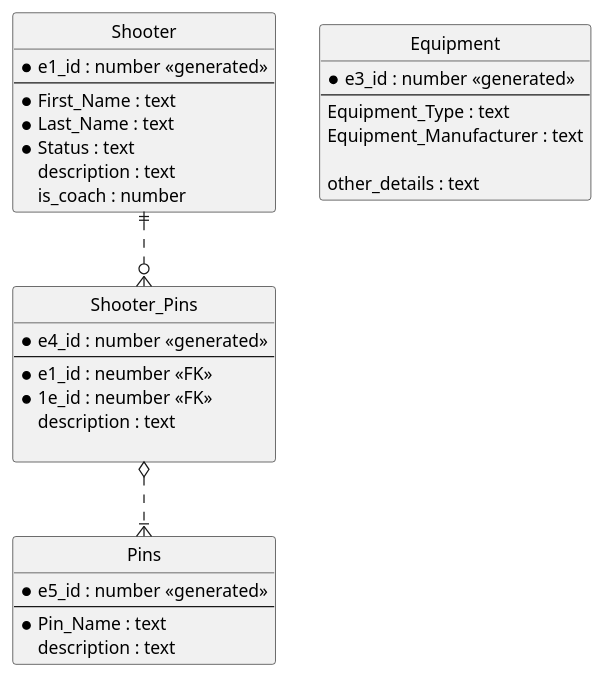
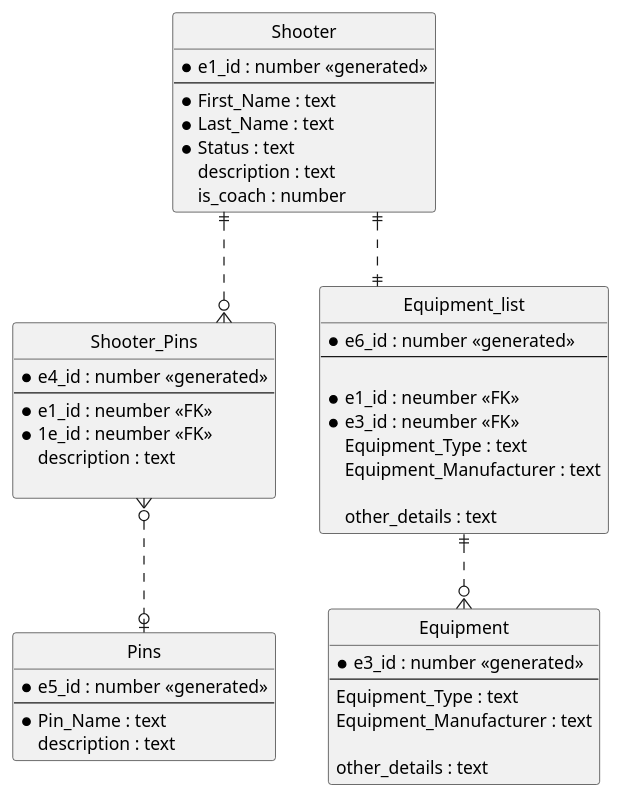
Before and after one commit to sargentstudley/Fun_Things: the diagram in DB_Design/DB_Diagram.md, drawn with PlantUML.

Commit message:
Added equipment list and relationships

```diff
--- a/DB_Design/DB_Diagram.md
+++ b/DB_Design/DB_Diagram.md
@@ -1,52 +1,70 @@
 ~~~plantuml
 
 @startuml DB_Diagram
 
 ' hide the spot
 hide circle
 
 ' avoid problems with angled crows feet
 skinparam linetype ortho
 
 entity "Shooter" as e01 {
   *e1_id : number <<generated>>
   --
   *First_Name : text
   *Last_Name : text
   *Status : text
   description : text
   is_coach : number
 }
 
 entity "Shooter_Pins" as e04 {
   *e4_id : number <<generated>>
   --
   *e1_id : neumber <<FK>>
   *1e_id : neumber <<FK>>
   description : text
   
 }
 
 entity "Pins" as e05 {
   *e5_id : number <<generated>>
   --
   *Pin_Name : text
   description : text
 }
 
 
 entity "Equipment" as e03 {
   *e3_id : number <<generated>>
   --
   Equipment_Type : text
   Equipment_Manufacturer : text
 
   other_details : text
 }
 
+
+entity "Equipment_list" as e06 {
+  *e6_id : number <<generated>>
+  --
+
+  *e1_id : neumber <<FK>>
+  *e3_id : neumber <<FK>>
+  Equipment_Type : text
+  Equipment_Manufacturer : text
+
+  other_details : text
+}
+
+
 e01 ||..o{ e04
-e04 o..|{ e05
+e04 }o..o| e05
+e06 ||..o{ e03
+e01 ||..|| e06
+
+
 
 @enduml
 
 ~~~
```
